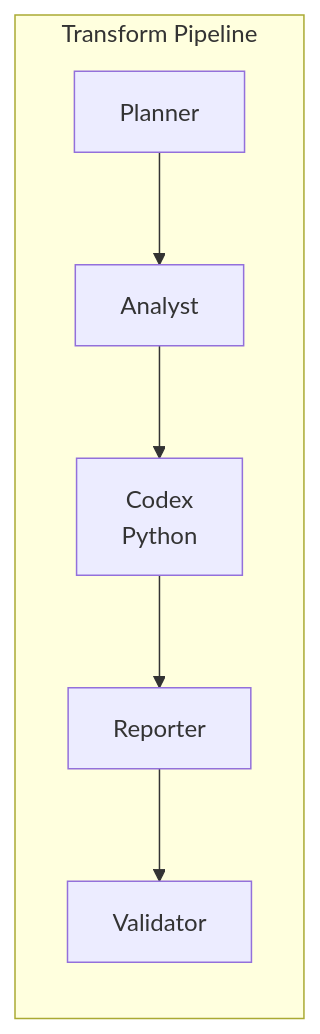
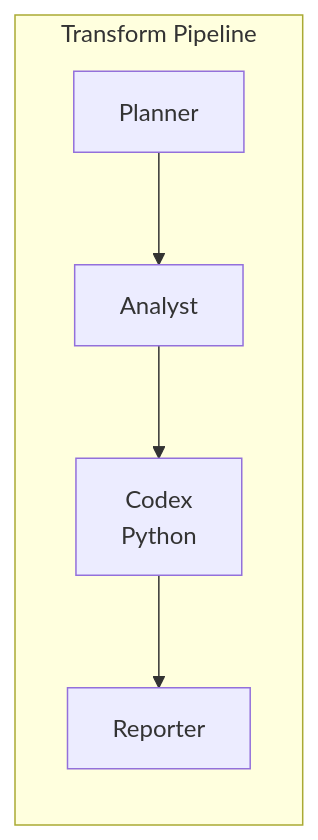
The third of 10 diagrams in docs/MULTI_AGENT.md (sgalex/gigaboard), drawn with Mermaid before and after one commit. The commit also changed other lines of this file and 97 other files, not shown here.

````diff
--- a/docs/MULTI_AGENT.md
+++ b/docs/MULTI_AGENT.md
@@ -309,6 +316,6 @@
 ```mermaid
 flowchart LR
     subgraph TRANSFORM["Transform Pipeline"]
-        P2[Planner] --> A2[Analyst] --> C2[Codex\nPython] --> REP2[Reporter] --> VAL[Validator]
+        P2[Planner] --> A2[Analyst] --> C2[Codex\nPython] --> REP2[Reporter]
     end
 ```
````
